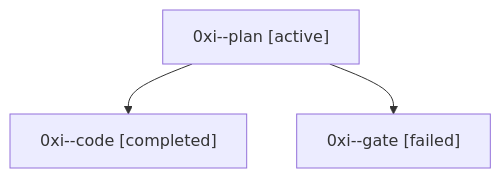
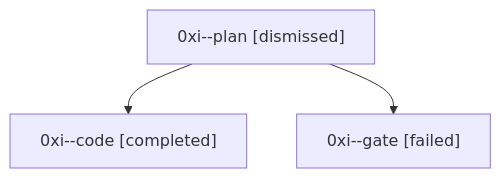
One commit to bobs-org/bob-cli--agents changed the diagram in sessions/bbugyi200.athena.0xi.md. Above: the diagram before and after it, drawn with Mermaid. The commit also changed other lines of this file and 15 other files, not shown here.

````diff
--- a/sessions/bbugyi200.athena.0xi.md
+++ b/sessions/bbugyi200.athena.0xi.md
@@ -9,8 +9,8 @@
 ```mermaid
 flowchart TD
-  n0["0xi--plan [active]"]
+  n0["0xi--plan [dismissed]"]
   n1["0xi--code [completed]"]
   n0 --> n1
   n2["0xi--gate [failed]"]
   n0 --> n2
 ```
````
